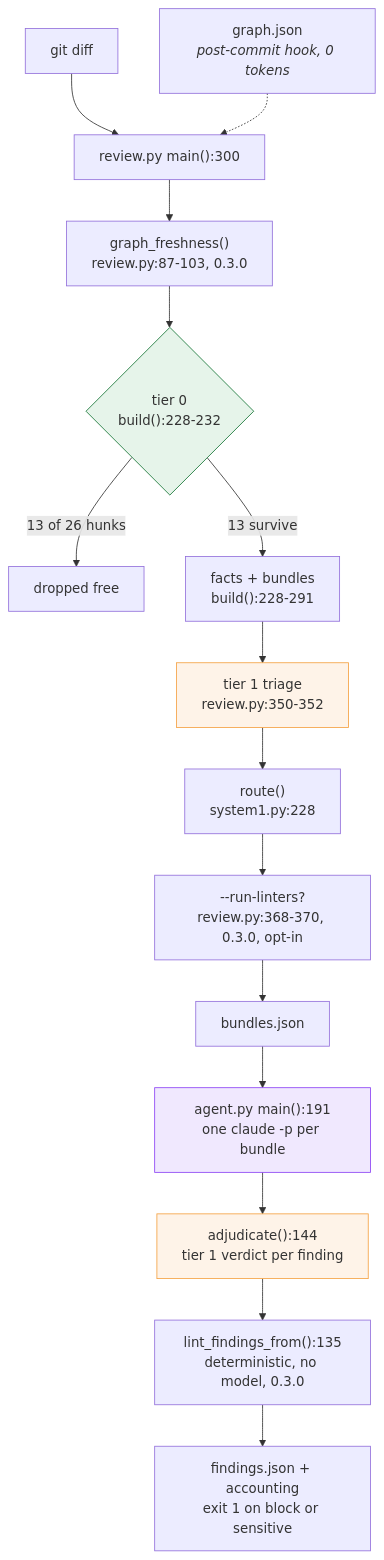
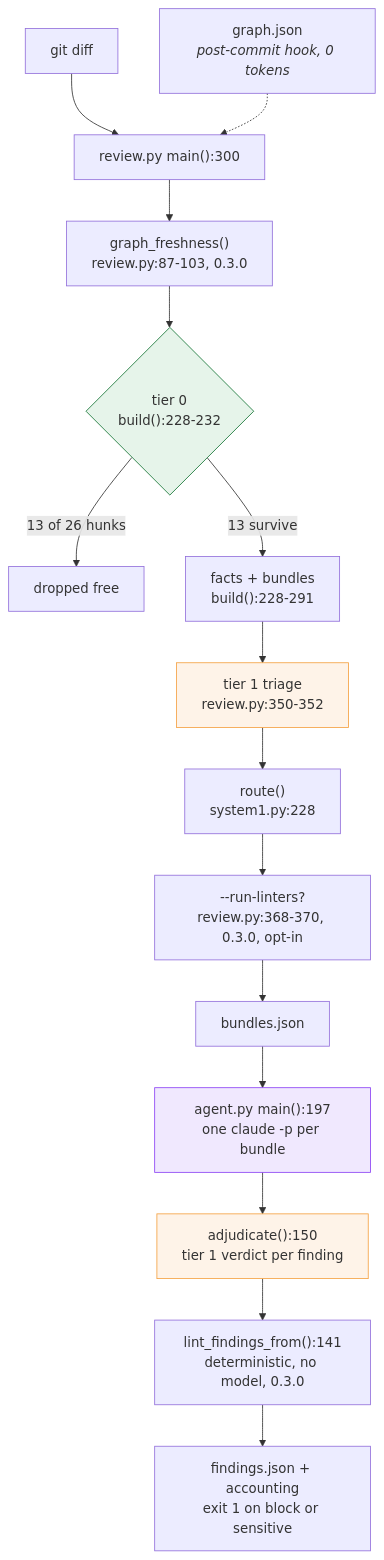
One commit to liem18112000/graph-code-review-agent changed the first of 4 diagrams in docs/call-flow.md. Above: the diagram before and after it, drawn with Mermaid. The commit also changed other lines of this file and 6 other files, not shown here.

````diff
--- a/docs/call-flow.md
+++ b/docs/call-flow.md
@@ -15,25 +15,25 @@
 ```mermaid
 flowchart TD
     D["git diff"] --> RP["review.py main():300"]
     G["graph.json<br/><i>post-commit hook, 0 tokens</i>"] -.-> RP
 
     RP --> FRESH["graph_freshness()<br/>review.py:87-103, 0.3.0"]
     FRESH --> T0{"tier 0<br/>build():228-232"}
     T0 -->|"13 of 26 hunks"| DROP["dropped free"]
     T0 -->|"13 survive"| FACTS["facts + bundles<br/>build():228-291"]
 
     FACTS --> T1["tier 1 triage<br/>review.py:350-352"]
     T1 --> ROUTE["route()<br/>system1.py:228"]
     ROUTE --> LINT["--run-linters?<br/>review.py:368-370, 0.3.0, opt-in"]
     LINT --> JSON["bundles.json"]
 
-    JSON --> AG["agent.py main():191<br/>one claude -p per bundle"]
-    AG --> VERD["adjudicate():144<br/>tier 1 verdict per finding"]
-    VERD --> LINTF["lint_findings_from():135<br/>deterministic, no model, 0.3.0"]
+    JSON --> AG["agent.py main():197<br/>one claude -p per bundle"]
+    AG --> VERD["adjudicate():150<br/>tier 1 verdict per finding"]
+    VERD --> LINTF["lint_findings_from():141<br/>deterministic, no model, 0.3.0"]
     LINTF --> OUT["findings.json + accounting<br/>exit 1 on block or sensitive"]
 
     style T0 fill:#e6f4ea,stroke:#137333
     style T1 fill:#fef3e8,stroke:#f4a142
     style VERD fill:#fef3e8,stroke:#f4a142
     style AG fill:#f0e8fe,stroke:#8b42f4
 ```
````
